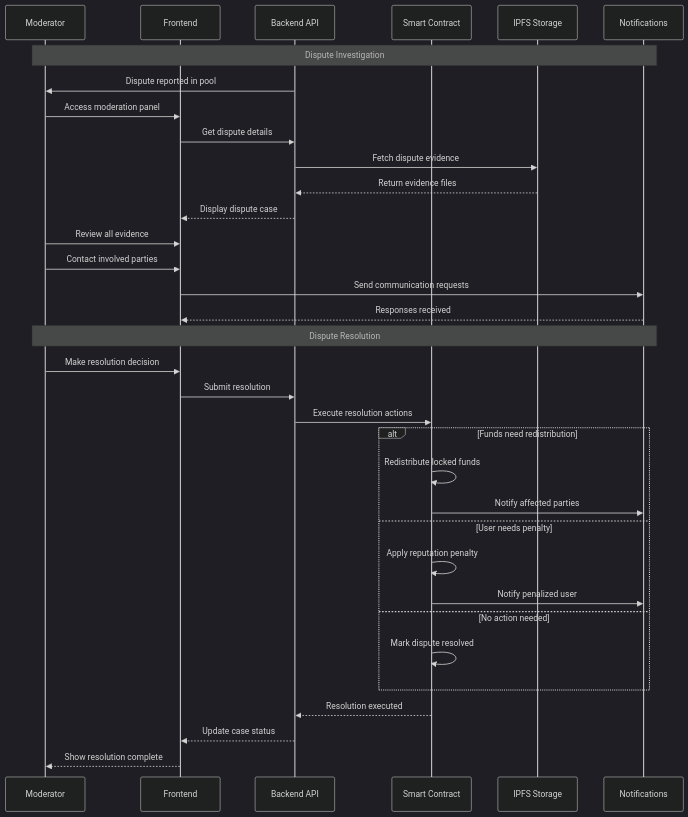
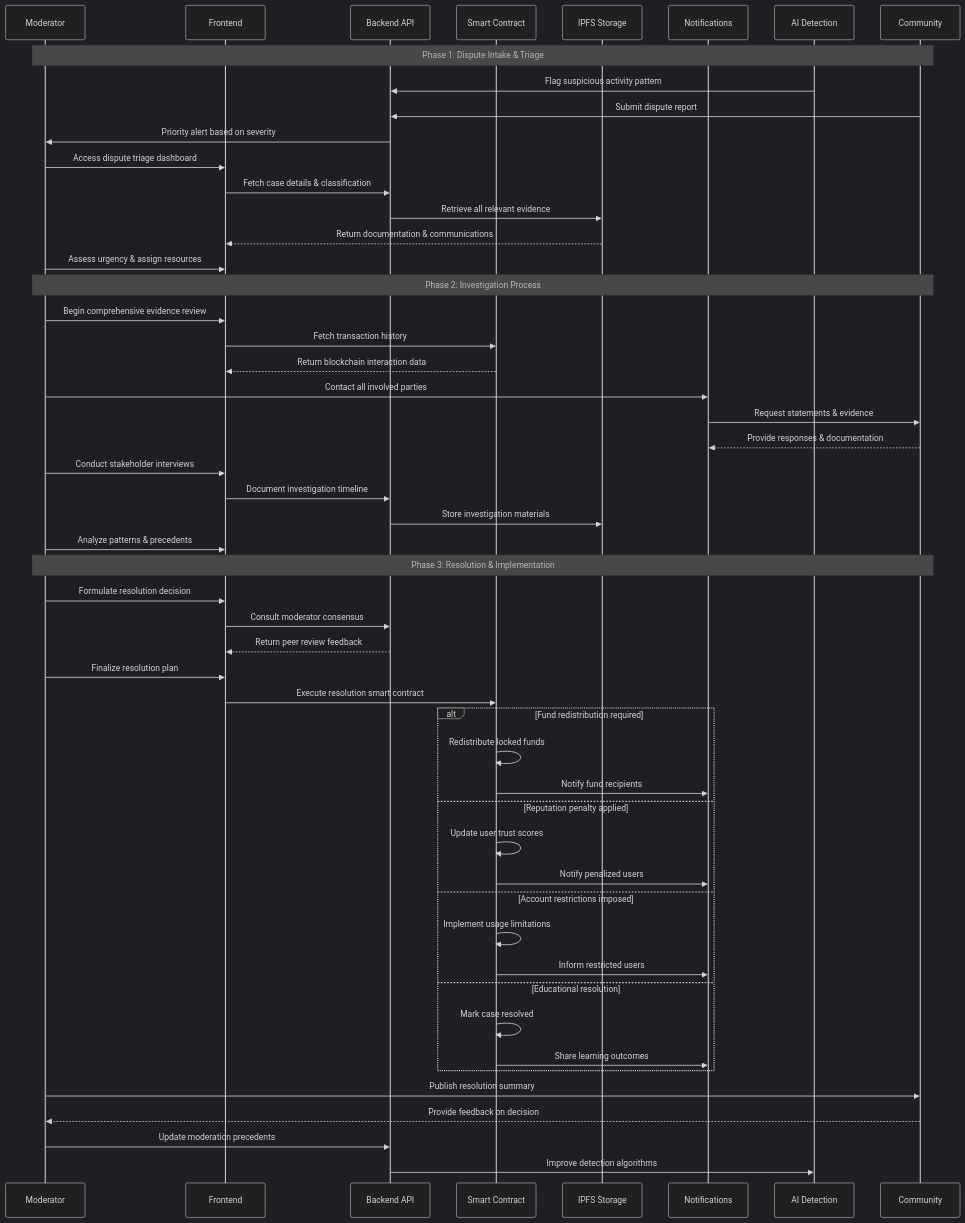
Before and after one commit to UPool-Fun/UPool: the ninth of 11 diagrams in README.md, drawn with Mermaid (dark theme). The commit also changed other lines of this file and 4 other files, not shown here.

````diff
--- a/README.md
+++ b/README.md
@@ -346,41 +420,60 @@
 ```mermaid
 sequenceDiagram
     participant M as Moderator
     participant UI as Frontend
     participant API as Backend API
     participant SC as Smart Contract
     participant IPFS as IPFS Storage
     participant NOTIF as Notifications
+    participant AI as AI Detection
+    participant COMMUNITY as Community
     
-    Note over M,NOTIF: Dispute Investigation
-    API->>M: Dispute reported in pool
-    M->>UI: Access moderation panel
-    UI->>API: Get dispute details
-    API->>IPFS: Fetch dispute evidence
-    IPFS-->>API: Return evidence files
-    API-->>UI: Display dispute case
+    Note over M,COMMUNITY: Phase 1: Dispute Intake & Triage
+    AI->>API: Flag suspicious activity pattern
+    COMMUNITY->>API: Submit dispute report
+    API->>M: Priority alert based on severity
+    M->>UI: Access dispute triage dashboard
+    UI->>API: Fetch case details & classification
+    API->>IPFS: Retrieve all relevant evidence
+    IPFS-->>UI: Return documentation & communications
+    M->>UI: Assess urgency & assign resources
     
-    M->>UI: Review all evidence
-    M->>UI: Contact involved parties
-    UI->>NOTIF: Send communication requests
-    NOTIF-->>UI: Responses received
+    Note over M,COMMUNITY: Phase 2: Investigation Process
+    M->>UI: Begin comprehensive evidence review
+    UI->>SC: Fetch transaction history
+    SC-->>UI: Return blockchain interaction data
+    M->>NOTIF: Contact all involved parties
+    NOTIF->>COMMUNITY: Request statements & evidence
+    COMMUNITY-->>NOTIF: Provide responses & documentation
     
-    Note over M,NOTIF: Dispute Resolution
-    M->>UI: Make resolution decision
-    UI->>API: Submit resolution
-    API->>SC: Execute resolution actions
+    M->>UI: Conduct stakeholder interviews
+    UI->>API: Document investigation timeline
+    API->>IPFS: Store investigation materials
+    M->>UI: Analyze patterns & precedents
     
-    alt Funds need redistribution
+    Note over M,COMMUNITY: Phase 3: Resolution & Implementation
+    M->>UI: Formulate resolution decision
+    UI->>API: Consult moderator consensus
+    API-->>UI: Return peer review feedback
+    M->>UI: Finalize resolution plan
+    
+    UI->>SC: Execute resolution smart contract
+    alt Fund redistribution required
         SC->>SC: Redistribute locked funds
-        SC->>NOTIF: Notify affected parties
-    else User needs penalty
-        SC->>SC: Apply reputation penalty
-        SC->>NOTIF: Notify penalized user
-    else No action needed
-        SC->>SC: Mark dispute resolved
+        SC->>NOTIF: Notify fund recipients
+    else Reputation penalty applied
+        SC->>SC: Update user trust scores
+        SC->>NOTIF: Notify penalized users
+    else Account restrictions imposed
+        SC->>SC: Implement usage limitations
+        SC->>NOTIF: Inform restricted users
+    else Educational resolution
+        SC->>SC: Mark case resolved
+        SC->>NOTIF: Share learning outcomes
     end
     
-    SC-->>API: Resolution executed
-    API-->>UI: Update case status
-    UI-->>M: Show resolution complete
+    M->>COMMUNITY: Publish resolution summary
+    COMMUNITY-->>M: Provide feedback on decision
+    M->>API: Update moderation precedents
+    API->>AI: Improve detection algorithms
 ```
````
